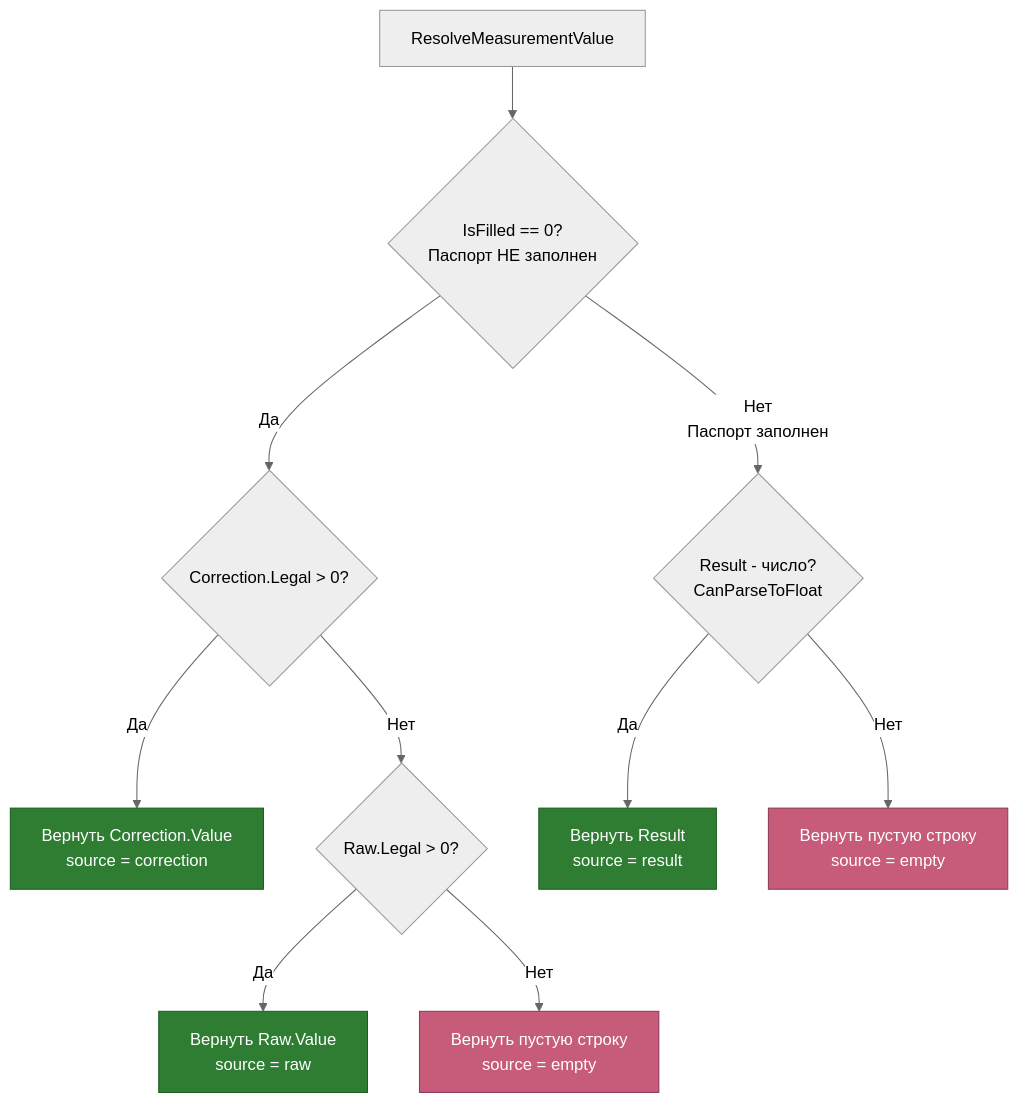
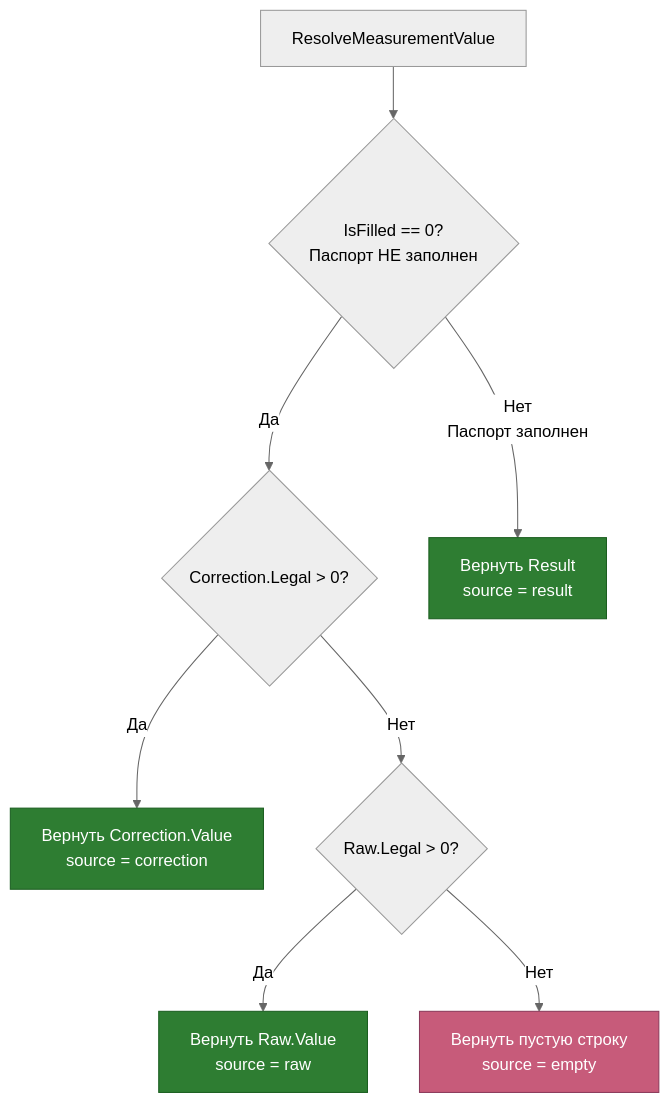
The second of 5 diagrams in docs/architecture/passport-editor.md (tn-ivk/tn-doc), drawn with Mermaid (neutral theme) before and after one commit. The commit also changed other lines of this file, not shown here.

Commit message:
docs: обновлена документация ResolveMeasurementValue
Отражены изменения в алгоритме разрешения значений:
- убрана проверка CanParseToFloat для заполненных паспортов
- упрощена диаграмма ResolveMeasurementValue
- добавлены примечания об изменениях в CorrectValue

````diff
--- a/docs/architecture/passport-editor.md
+++ b/docs/architecture/passport-editor.md
@@ -342,21 +342,17 @@
 ```mermaid
 flowchart TD
     A[ResolveMeasurementValue] --> B{IsFilled == 0?<br/>Паспорт НЕ заполнен}
 
     B -->|Да| C{Correction.Legal > 0?}
     C -->|Да| C1[Вернуть Correction.Value<br/>source = correction]
     C -->|Нет| D{Raw.Legal > 0?}
     D -->|Да| D1[Вернуть Raw.Value<br/>source = raw]
     D -->|Нет| F1[Вернуть пустую строку<br/>source = empty]
 
-    B -->|Нет<br/>Паспорт заполнен| E{Result - число?<br/>CanParseToFloat}
-
-    E -->|Да| E1[Вернуть Result<br/>source = result]
-    E -->|Нет| F2[Вернуть пустую строку<br/>source = empty]
+    B -->|Нет<br/>Паспорт заполнен| E1[Вернуть Result<br/>source = result]
 
     style C1 fill:#2e7d32,stroke:#1b5e20,color:#fff
     style D1 fill:#2e7d32,stroke:#1b5e20,color:#fff
     style E1 fill:#2e7d32,stroke:#1b5e20,color:#fff
     style F1 fill:#c75b7a,stroke:#8b3a5a,color:#fff
-    style F2 fill:#c75b7a,stroke:#8b3a5a,color:#fff
 ```
````
